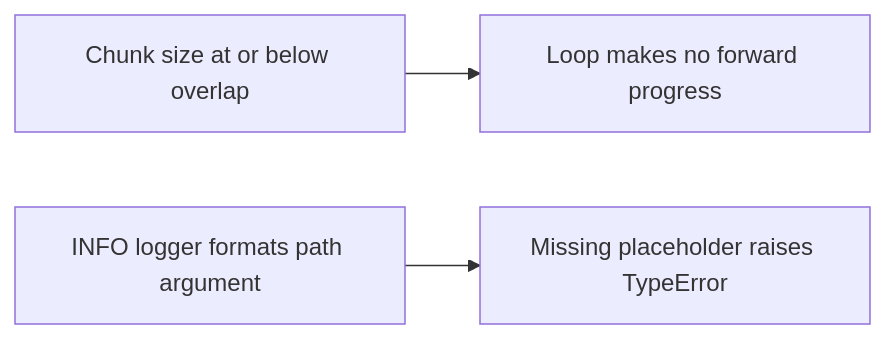
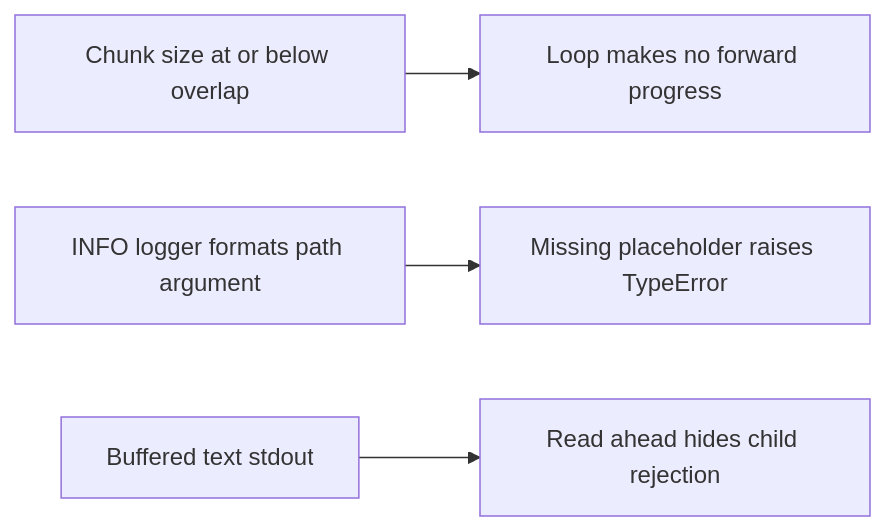
The ninth of 10 diagrams in docs/learnings/2026-11-13-coverage-configuration.md (gwicho38/mcli), drawn with Mermaid before and after one commit. The commit also changed other lines of this file and 5 other files, not shown here.

````diff
--- a/docs/learnings/2026-11-13-coverage-configuration.md
+++ b/docs/learnings/2026-11-13-coverage-configuration.md
@@ -153,5 +191,6 @@
 ```mermaid
 flowchart LR
     A[Chunk size at or below overlap] --> B[Loop makes no forward progress]
     C[INFO logger formats path argument] --> D[Missing placeholder raises TypeError]
+    E[Buffered text stdout] --> F[Read ahead hides child rejection]
 ```
````
